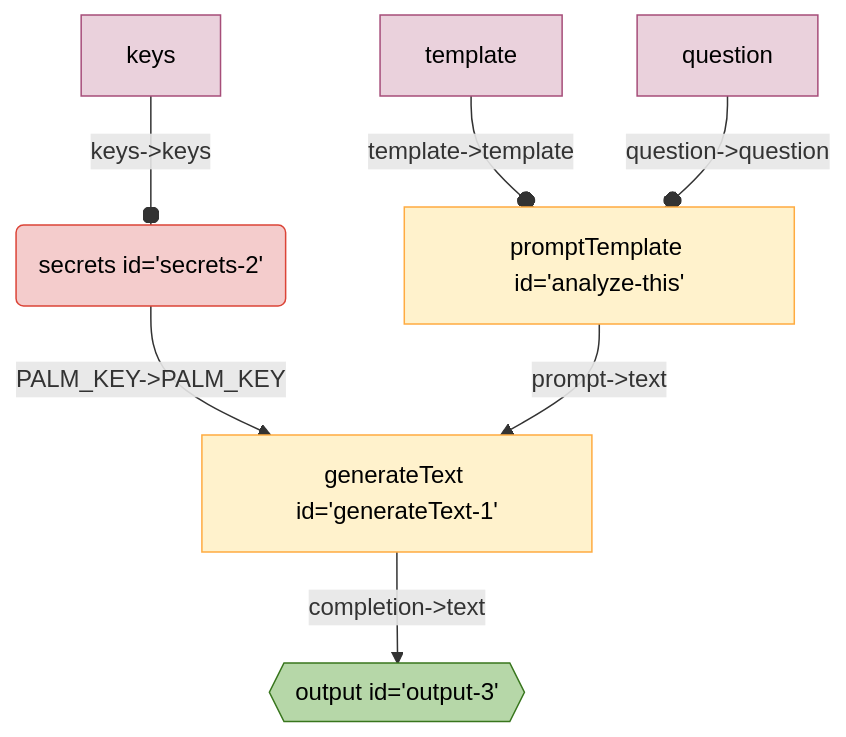
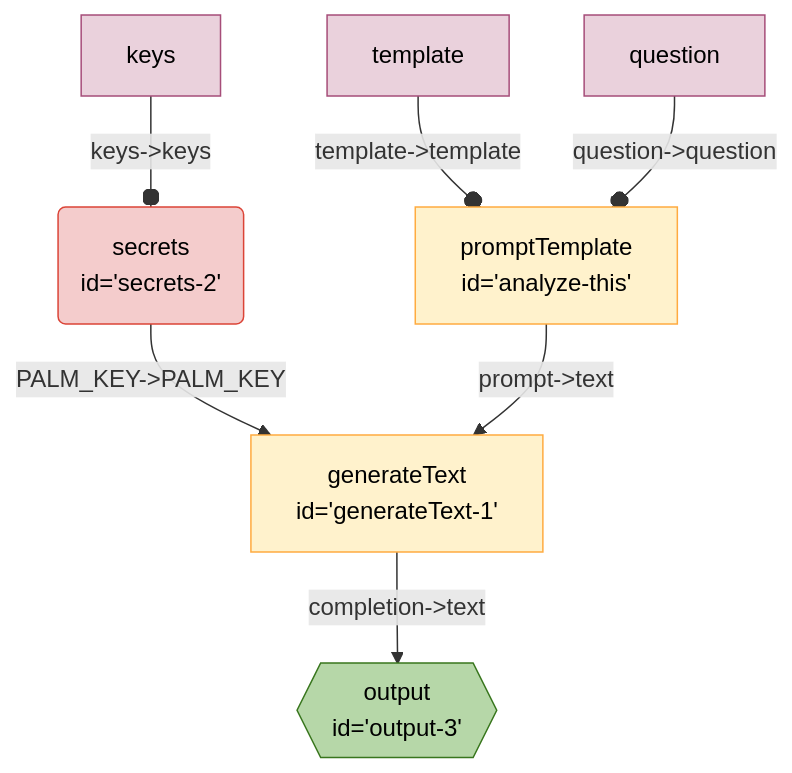
One commit to breadboard-ai/breadboard changed the diagram in seeds/graph-playground/docs/graphs/auto-simple-prompt.md. Above: the diagram before and after it, drawn with Mermaid. The commit also changed 16 other files, not shown here.

First line of the commit message:
add line break back to mermaid diagrams

````diff
--- a/seeds/graph-playground/docs/graphs/auto-simple-prompt.md
+++ b/seeds/graph-playground/docs/graphs/auto-simple-prompt.md
@@ -5,18 +5,18 @@
   ```mermaid
   %%{init: 'themeVariables': { 'fontFamily': 'Fira Code, monospace' }}%%
 graph TD;
-secrets2("secrets id='secrets-2'"):::secrets -- "PALM_KEY->PALM_KEY" --> generateText1["generateText id='generateText-1'"]
-generateText1["generateText id='generateText-1'"] -- "completion->text" --> output3{{"output id='output-3'"}}:::output
-analyzethis["promptTemplate id='analyze-this'"] -- "prompt->text" --> generateText1["generateText id='generateText-1'"]
+secrets2("secrets <br> id='secrets-2'"):::secrets -- "PALM_KEY->PALM_KEY" --> generateText1["generateText <br> id='generateText-1'"]
+generateText1["generateText <br> id='generateText-1'"] -- "completion->text" --> output3{{"output <br> id='output-3'"}}:::output
+analyzethis["promptTemplate <br> id='analyze-this'"] -- "prompt->text" --> generateText1["generateText <br> id='generateText-1'"]
 keyssecrets2[keys]:::config -- "keys->keys" --o secrets2
 templateanalyzethis[template]:::config -- "template->template" --o analyzethis
 questionanalyzethis[question]:::config -- "question->question" --o analyzethis
 classDef default stroke:#ffab40,fill:#fff2ccff,color:#000
 classDef input stroke:#3c78d8,fill:#c9daf8ff,color:#000
 classDef output stroke:#38761d,fill:#b6d7a8ff,color:#000
 classDef passthrough stroke:#a64d79,fill:#ead1dcff,color:#000
 classDef slot stroke:#a64d79,fill:#ead1dcff,color:#000
 classDef config stroke:#a64d79,fill:#ead1dcff,color:#000
 classDef secrets stroke:#db4437,fill:#f4cccc,color:#000
 classDef slotted stroke:#a64d79
   ```
````
